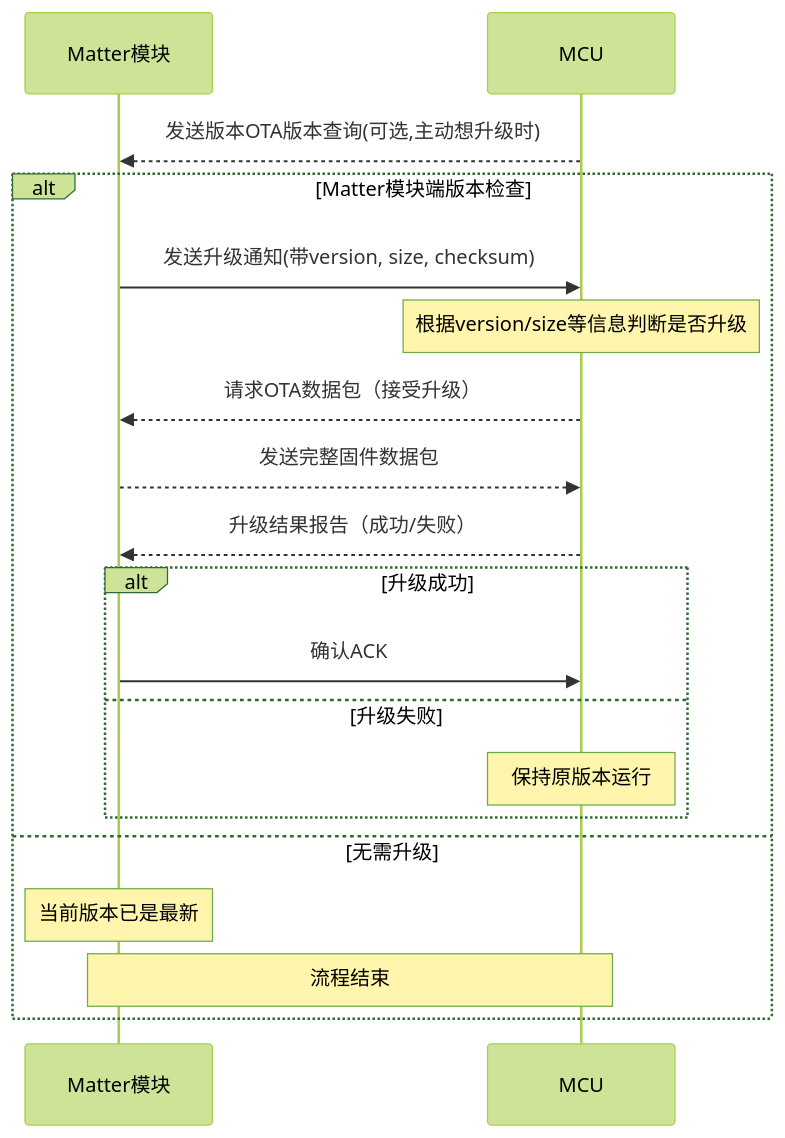
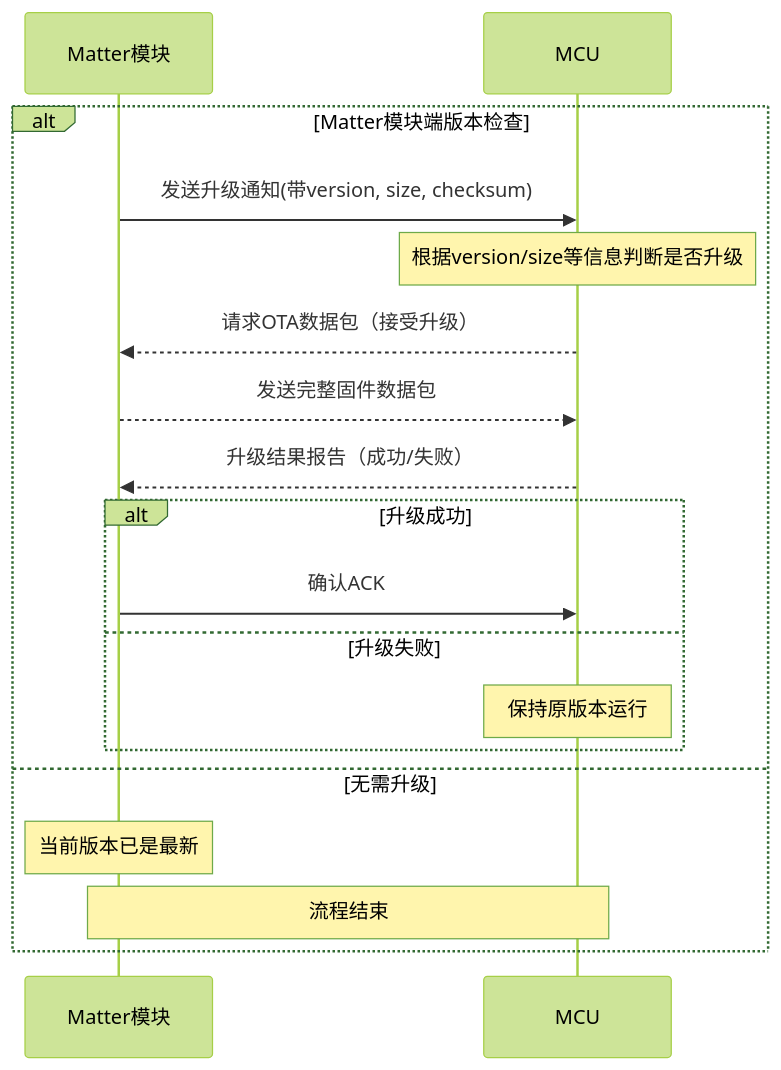
One commit to suhuide/h changed the first of 3 diagrams in bk.md. Above: the diagram before and after it, drawn with Mermaid (forest theme). The commit also changed 20 other files, not shown here.

````diff
--- a/bk.md
+++ b/bk.md
@@ -53,23 +53,21 @@
 ```mermaid
 sequenceDiagram
     participant Matter模块
     participant MCU
-
-    MCU-->>Matter模块: 发送版本OTA版本查询(可选,主动想升级时)
 
     alt Matter模块端版本检查
         Matter模块->>MCU: 发送升级通知(带version, size, checksum)
         Note over MCU: 根据version/size等信息判断是否升级
         MCU-->>Matter模块: 请求OTA数据包（接受升级）
         Matter模块-->>MCU: 发送完整固件数据包
         MCU-->>Matter模块: 升级结果报告（成功/失败）
         alt 升级成功
             Matter模块->>MCU: 确认ACK
         else 升级失败
             Note over MCU: 保持原版本运行
         end
     else 无需升级
         Note over Matter模块: 当前版本已是最新
         Note over Matter模块, MCU: 流程结束
     end
 ```
````
